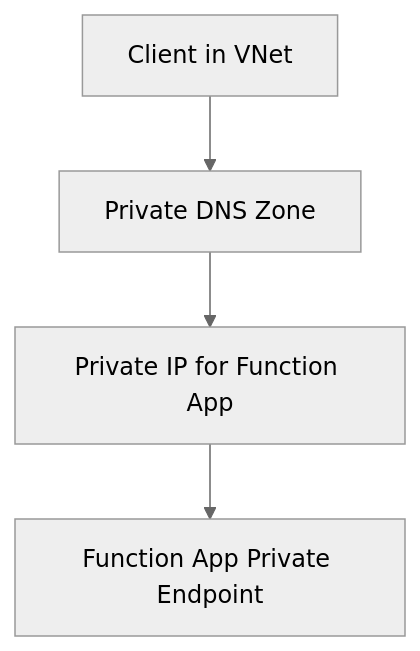
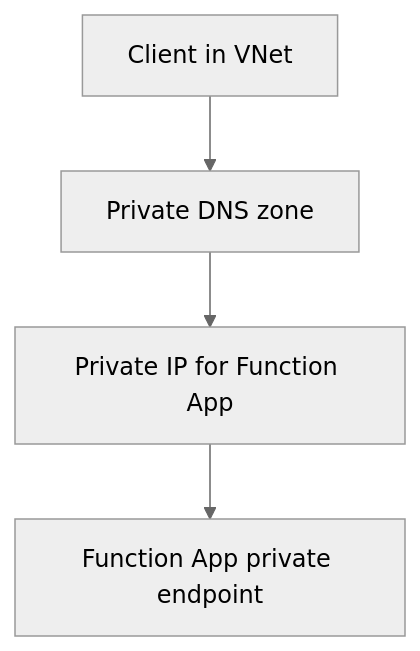
Before and after one commit to yeongseon/azure-functions-practical-guide: the fourth of 5 diagrams in docs/platform/networking.md, drawn with Mermaid (neutral theme). The commit also changed other lines of this file and 30 other files, not shown here.

````diff
--- a/docs/platform/networking.md
+++ b/docs/platform/networking.md
@@ -117,6 +242,6 @@
 ```mermaid
 flowchart TD
-    VM[Client in VNet] --> DNS[Private DNS Zone]
+    VM[Client in VNet] --> DNS[Private DNS zone]
     DNS --> IP[Private IP for Function App]
-    IP --> APP[Function App Private Endpoint]
+    IP --> APP[Function App private endpoint]
 ```
````
